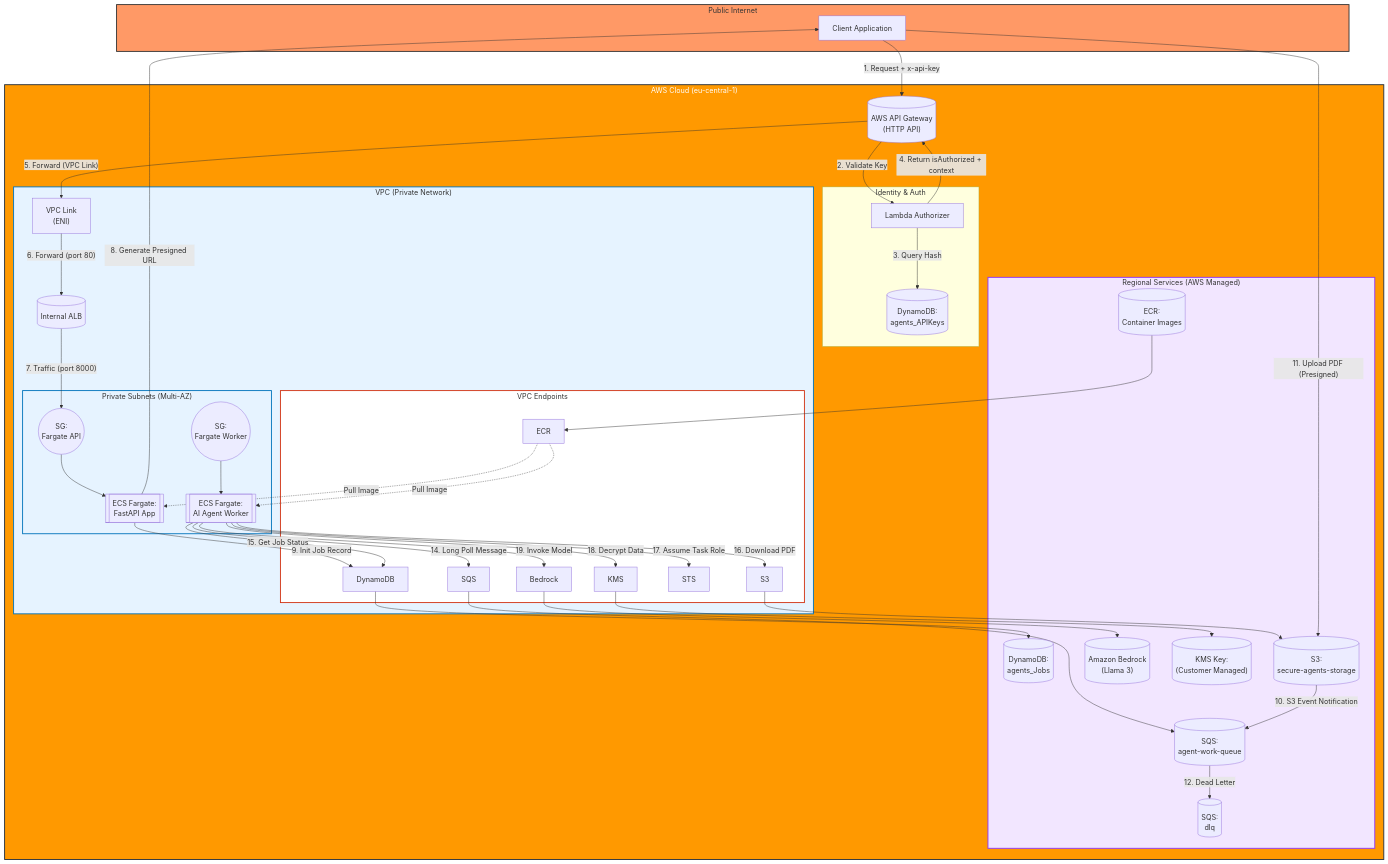
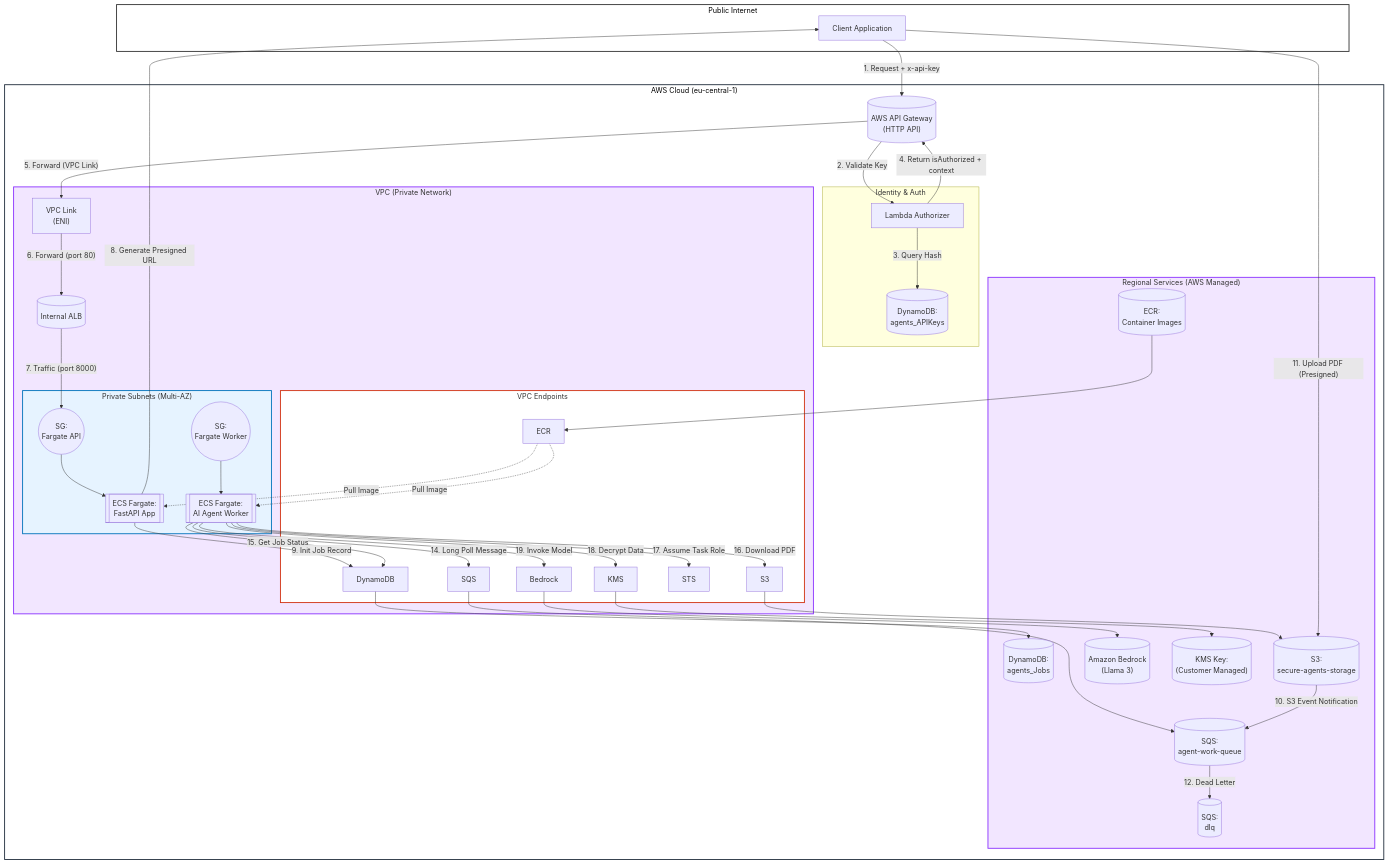
One commit to SteliosSpanos/secure-agents changed the diagram in README.md. Above: the diagram before and after it, drawn with Mermaid. The commit also changed other lines of this file, not shown here.

Commit message:
Fixes diagram

````diff
--- a/README.md
+++ b/README.md
@@ -11,17 +11,17 @@
 ```mermaid
 graph TD
   %% Define Styles
-  classDef public fill:#f96,stroke:#333,stroke-width:2px;
-  classDef aws fill:#ff9900,stroke:#232f3e,stroke-width:2px,color:white;
-  classDef vpc fill:#e6f3ff,stroke:#0073bb,stroke-width:2px;
+  classDef internet fill:#ffffff,stroke:#333,stroke-width:2px,color:#000;
+  classDef aws fill:#ffffff,stroke:#232f3e,stroke-width:2px,color:#000;
+  classDef vpc fill:#f2e6ff,stroke:#8c33ff,stroke-width:2px;
+  classDef subnet fill:#e6f3ff,stroke:#0073bb,stroke-width:2px;
+  classDef regional fill:#f2e6ff,stroke:#8c33ff,stroke-width:2px;
   classDef endpoint fill:#fff,stroke:#d13212,stroke-width:2px;
-  classDef regional fill:#f2e6ff,stroke:#8c33ff,stroke-width:2px;
-  classDef compute fill:#fff,stroke:#116611,stroke-width:2px;
 
   subgraph PublicInternet["Public Internet"]
     Client["Client Application"]
   end
-  class PublicInternet public;
+  class PublicInternet internet;
 
   subgraph AWSCloud["AWS Cloud (eu-central-1)"]
     APIGW[("AWS API Gateway<br>(HTTP API)")]
@@ -64,7 +64,7 @@
         ApiService[["ECS Fargate:<br>FastAPI App"]]
         WorkerService[["ECS Fargate:<br>AI Agent Worker"]]
       end
-      class PrivateSubnets vpc;
+      class PrivateSubnets subnet;
     end
     class VPC vpc;
   end
````
